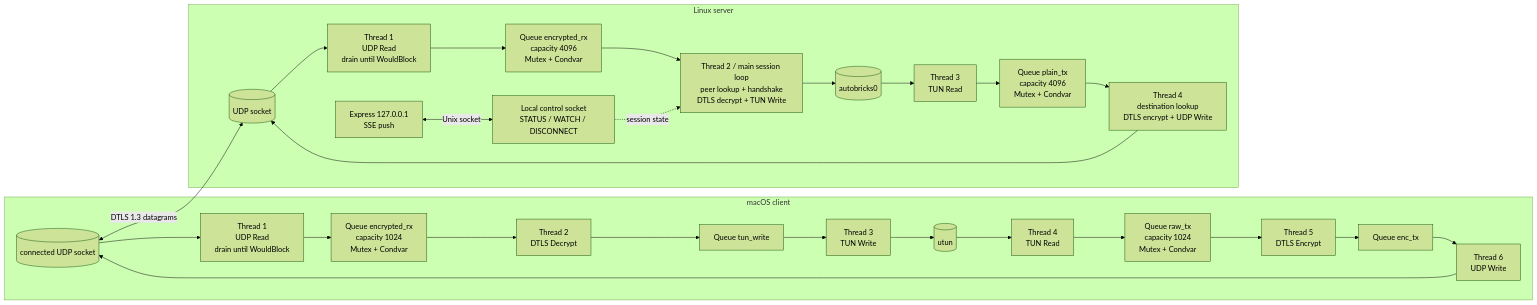
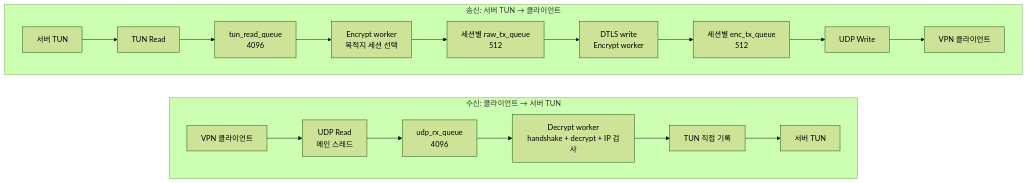
One commit to pregene/autobricks-vpn changed the second of 3 diagrams in README.md. Above: the diagram before and after it, drawn with Mermaid (forest theme). The commit also changed other lines of this file, not shown here.

Commit message:
Update README VPN packet pipeline diagrams

````diff
--- a/README.md
+++ b/README.md
@@ -56,39 +73,11 @@
 ```mermaid
 flowchart LR
-    subgraph Client[macOS client]
-        CUDP[(connected UDP socket)]
-        CUR["Thread 1<br/>UDP Read<br/>drain until WouldBlock"]
-        CEQ["Queue encrypted_rx<br/>capacity 1024<br/>Mutex + Condvar"]
-        CDW["Thread 2<br/>DTLS Decrypt"]
-        CTQ["Queue tun_write"]
-        CTW["Thread 3<br/>TUN Write"]
-        UTUN[(utun)]
-        CTR["Thread 4<br/>TUN Read"]
-        CPQ["Queue raw_tx<br/>capacity 1024<br/>Mutex + Condvar"]
-        CEW["Thread 5<br/>DTLS Encrypt"]
-        CXQ["Queue enc_tx"]
-        CUW["Thread 6<br/>UDP Write"]
-
-        CUDP --> CUR --> CEQ --> CDW --> CTQ --> CTW --> UTUN
-        UTUN --> CTR --> CPQ --> CEW --> CXQ --> CUW --> CUDP
+    subgraph SRX["수신: 클라이언트 → 서버 TUN"]
+        direction LR
+        SC1["VPN 클라이언트"] --> SR1["UDP Read<br/>메인 스레드"] --> SQ1["udp_rx_queue<br/>4096"] --> SD["Decrypt worker<br/>handshake + decrypt + IP 검사"] --> STW["TUN 직접 기록"] --> ST1["서버 TUN"]
     end
-
-    subgraph Server[Linux server]
-        SUDP[(UDP socket)]
-        SUR["Thread 1<br/>UDP Read<br/>drain until WouldBlock"]
-        SEQ["Queue encrypted_rx<br/>capacity 4096<br/>Mutex + Condvar"]
-        SDW["Thread 2 / main session loop<br/>peer lookup + handshake<br/>DTLS decrypt + TUN Write"]
-        STUN[(autobricks0)]
-        STR["Thread 3<br/>TUN Read"]
-        SPQ["Queue plain_tx<br/>capacity 4096<br/>Mutex + Condvar"]
-        SUW["Thread 4<br/>destination lookup<br/>DTLS encrypt + UDP Write"]
-        CTL["Local control socket<br/>STATUS / WATCH / DISCONNECT"]
-        WEB["Express 127.0.0.1<br/>SSE push"]
-
-        SUDP --> SUR --> SEQ --> SDW --> STUN
-        STUN --> STR --> SPQ --> SUW --> SUDP
-        WEB <-->|Unix socket| CTL -. session state .-> SDW
+    subgraph STX["송신: 서버 TUN → 클라이언트"]
+        direction LR
+        ST2["서버 TUN"] --> SR2["TUN Read"] --> SQ2["tun_read_queue<br/>4096"] --> SE["Encrypt worker<br/>목적지 세션 선택"] --> SQ3["세션별 raw_tx_queue<br/>512"] --> SDTLS["DTLS write<br/>Encrypt worker"] --> SQ4["세션별 enc_tx_queue<br/>512"] --> SW["UDP Write"] --> SC2["VPN 클라이언트"]
     end
-
-    CUDP <-->|DTLS 1.3 datagrams| SUDP
 ```
````
